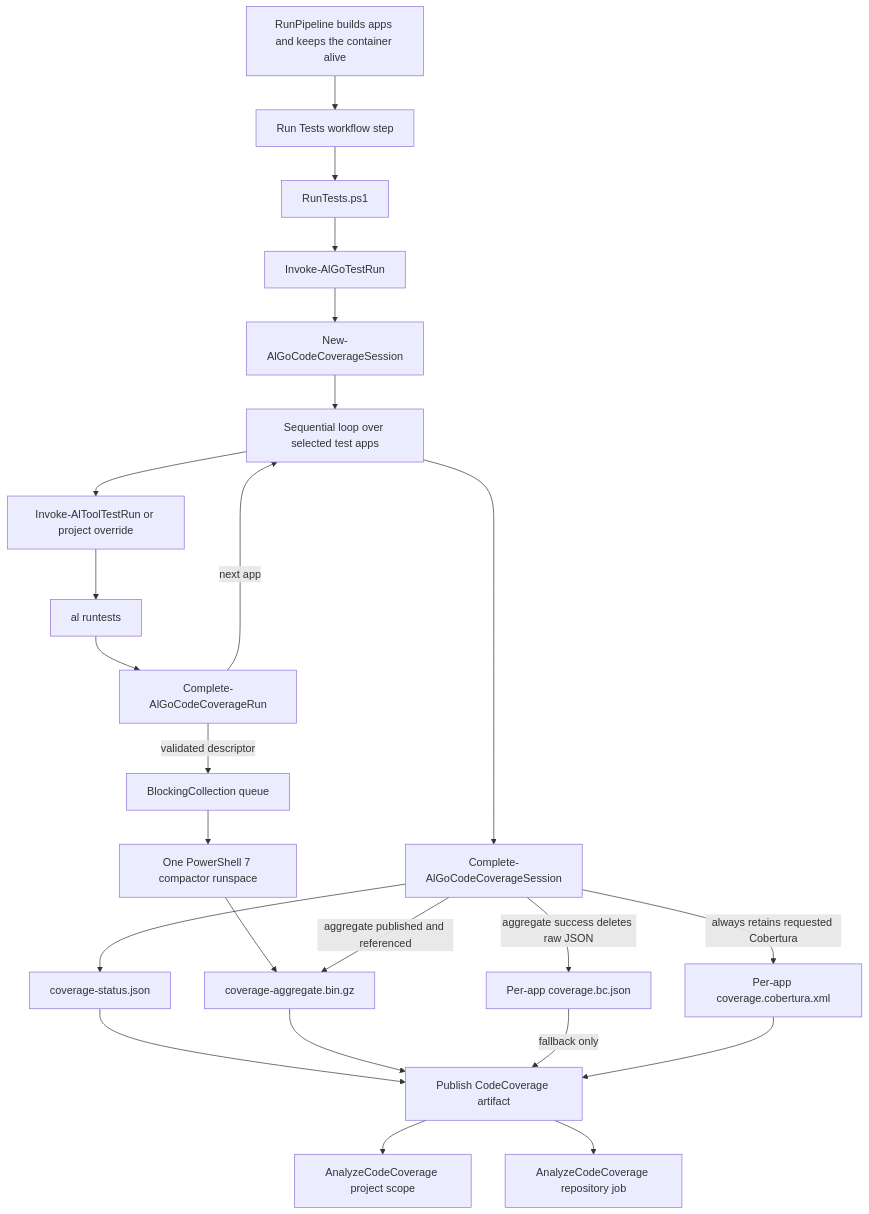
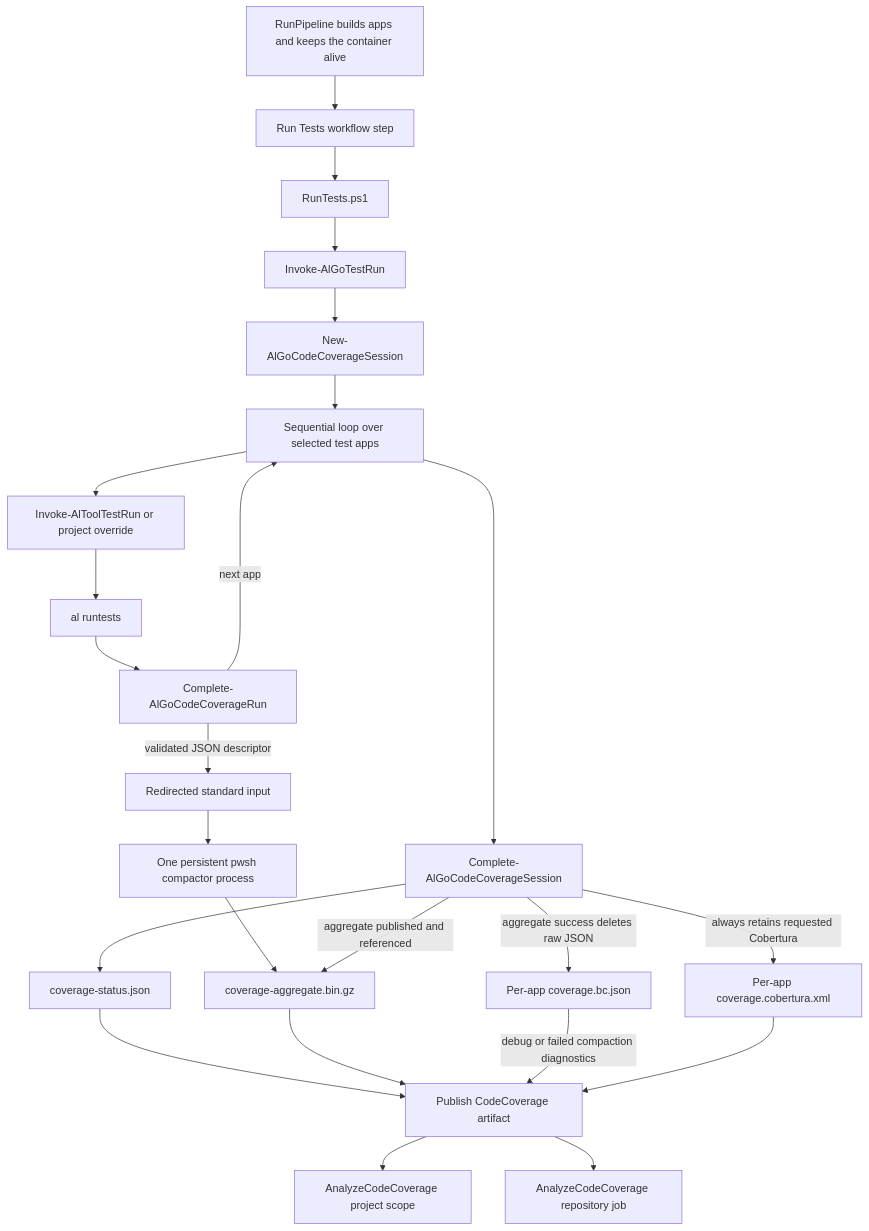
One commit to microsoft/AL-Go changed the first of 2 diagrams in Actions/RunTests/CodeCoverageArchitecture.md. Above: the diagram before and after it, drawn with Mermaid. The commit also changed other lines of this file and 7 other files, not shown here.

Commit message:
Run worker on pwsh and change worker communication strategy.

````diff
--- a/Actions/RunTests/CodeCoverageArchitecture.md
+++ b/Actions/RunTests/CodeCoverageArchitecture.md
@@ -16,40 +16,40 @@
 ```mermaid
 flowchart TD
     RP[RunPipeline builds apps and keeps the container alive]
     RT[Run Tests workflow step]
     ENTRY[RunTests.ps1]
     ORCH[Invoke-AlGoTestRun]
     SESSION[New-AlGoCodeCoverageSession]
     LOOP[Sequential loop over selected test apps]
     TOOL[Invoke-AlToolTestRun or project override]
     AL[al runtests]
     COMPLETE[Complete-AlGoCodeCoverageRun]
-    QUEUE[BlockingCollection queue]
-    WORKER[One PowerShell 7 compactor runspace]
+    PIPE[Redirected standard input]
+    WORKER[One persistent pwsh compactor process]
     FINAL[Complete-AlGoCodeCoverageSession]
     STATUS[coverage-status.json]
     AGG[coverage-aggregate.bin.gz]
     RAW[Per-app coverage.bc.json]
     COB[Per-app coverage.cobertura.xml]
     UPLOAD[Publish CodeCoverage artifact]
     PROJECT[AnalyzeCodeCoverage project scope]
     REPOJOB[AnalyzeCodeCoverage repository job]
 
     RP --> RT --> ENTRY --> ORCH
     ORCH --> SESSION --> LOOP
     LOOP --> TOOL --> AL --> COMPLETE
     COMPLETE -->|next app| LOOP
-    COMPLETE -->|validated descriptor| QUEUE --> WORKER
+    COMPLETE -->|validated JSON descriptor| PIPE --> WORKER
     LOOP --> FINAL
     WORKER --> AGG
     FINAL --> STATUS
     FINAL -->|aggregate published and referenced| AGG
     FINAL -->|aggregate success deletes raw JSON| RAW
     FINAL -->|always retains requested Cobertura| COB
     STATUS --> UPLOAD
     AGG --> UPLOAD
-    RAW -->|fallback only| UPLOAD
+    RAW -->|debug or failed compaction diagnostics| UPLOAD
     COB --> UPLOAD
     UPLOAD --> PROJECT
     UPLOAD --> REPOJOB
 ```
````
